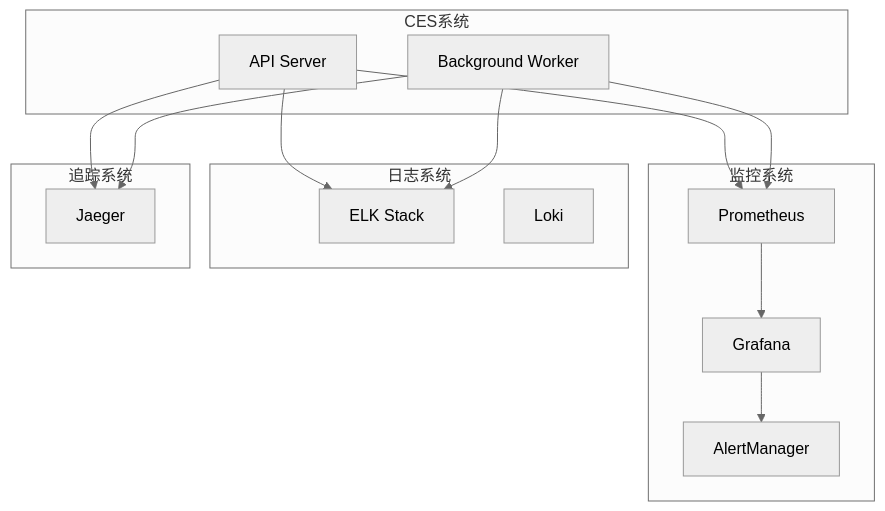
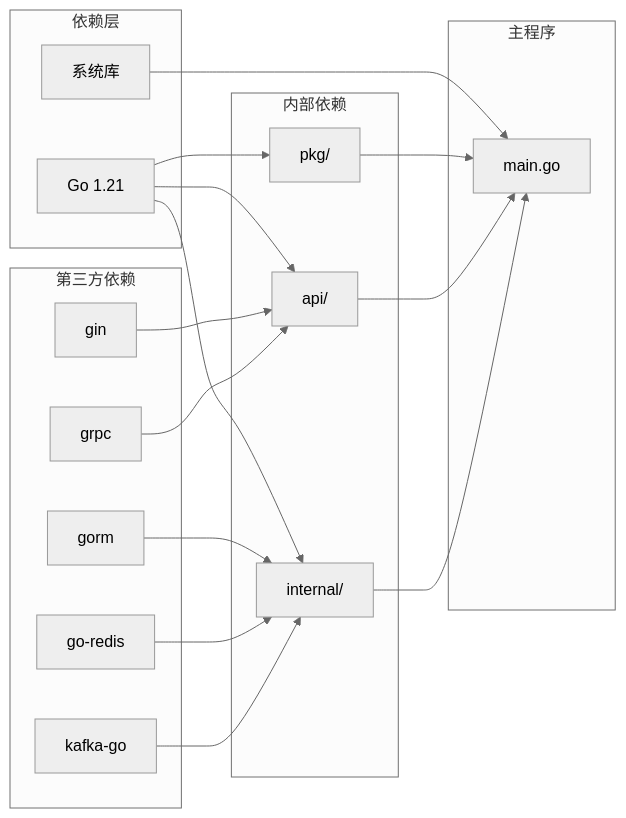
One commit to 352775098-dev/ContextService changed diagram 18 of 27 in docs/architecture.md.md. Above: the diagram before and after it, drawn with Mermaid (neutral theme). The commit also changed other lines of this file, not shown here.

````diff
--- a/docs/architecture.md.md
+++ b/docs/architecture.md.md
@@ -650,33 +694,40 @@
 ```mermaid
-flowchart TB
-    subgraph Monitoring["监控系统"]
-        Prometheus["Prometheus"]
-        Grafana["Grafana"]
-        Alert["AlertManager"]
+graph LR
+    subgraph "依赖层"
+        GO["Go 1.21"]
+        SYS["系统库"]
     end
     
-    subgraph Logging["日志系统"]
-        ELK["ELK Stack"]
-        Loki["Loki"]
+    subgraph "第三方依赖"
+        GIN["gin"]
+        GRPC["grpc"]
+        GORM["gorm"]
+        REDIS["go-redis"]
+        KAFKA["kafka-go"]
     end
     
-    subgraph Tracing["追踪系统"]
-        Jaeger["Jaeger"]
+    subgraph "内部依赖"
+        PKG["pkg/"]
+        API["api/"]
+        INTL["internal/"]
     end
     
-    subgraph CES_System["CES系统"]
-        API["API Server"]
-        Worker["Background Worker"]
+    subgraph "主程序"
+        MAIN["main.go"]
     end
     
-    API --> Prometheus
-    Worker --> Prometheus
-    Prometheus --> Grafana
-    Grafana --> Alert
+    GO --> PKG
+    GO --> API
+    GO --> INTL
+    SYS --> MAIN
     
-    API --> ELK
-    Worker --> ELK
+    GIN --> API
+    GRPC --> API
+    GORM --> INTL
+    REDIS --> INTL
+    KAFKA --> INTL
     
-    API --> Jaeger
-    Worker --> Jaeger
+    PKG --> MAIN
+    API --> MAIN
+    INTL --> MAIN
 ```
````
